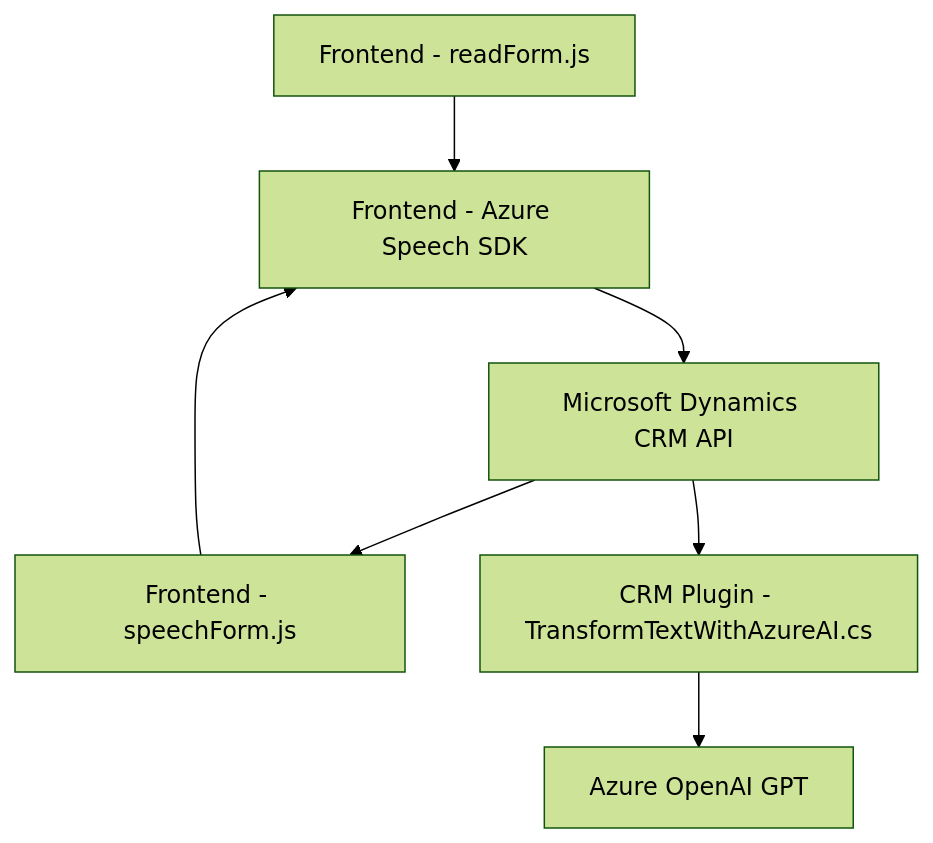
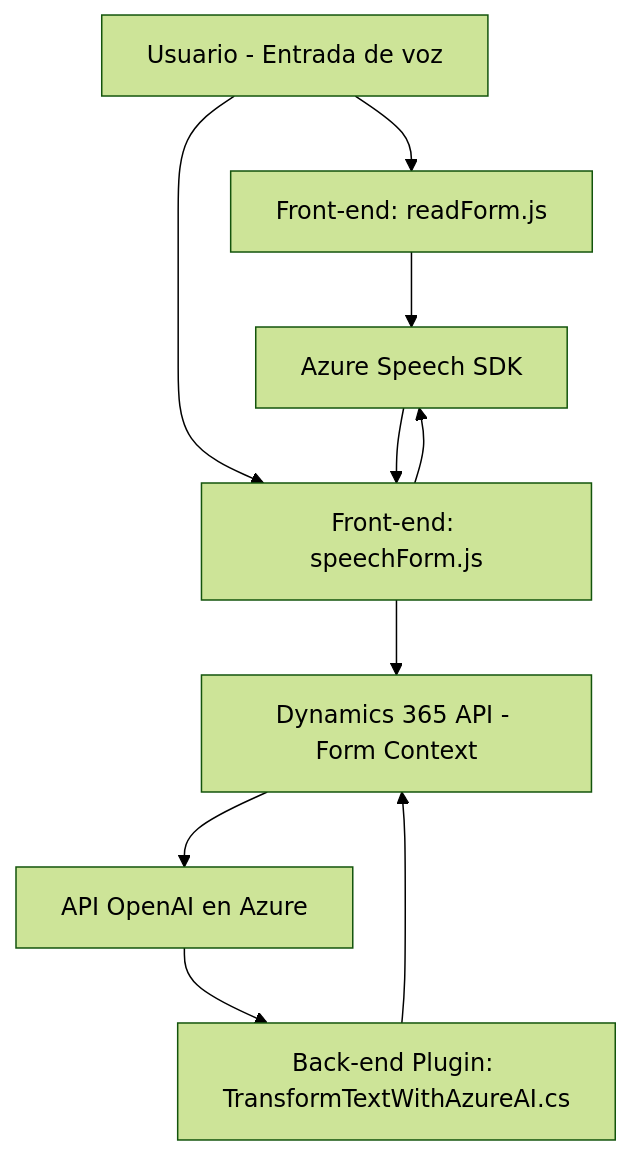
One commit to blopezdm/NETCORE_BILBAO2025 changed the diagram in README.md. Above: the diagram before and after it, drawn with Mermaid (forest theme). The commit also changed other lines of this file, not shown here.

````diff
--- a/README.md
+++ b/README.md
@@ -47,9 +44,20 @@
 ```mermaid
 graph TD
-    A["Frontend - readForm.js"] --> B["Frontend - Azure Speech SDK"]
-    B --> C["Microsoft Dynamics CRM API"]
-    C --> D["Frontend - speechForm.js"]
-    D --> B
-    C --> E["CRM Plugin - TransformTextWithAzureAI.cs"]
-    E --> F["Azure OpenAI GPT"]
+    A["Usuario - Entrada de voz"]
+    B["Front-end: readForm.js"]
+    C["Front-end: speechForm.js"]
+    D["Azure Speech SDK"]
+    E["Dynamics 365 API - Form Context"]
+    F["API OpenAI en Azure"]
+    G["Back-end Plugin: TransformTextWithAzureAI.cs"]
+
+    A --> B
+    A --> C
+    B --> D
+    C --> D
+    C --> E
+    D --> C
+    E --> F
+    F --> G
+    G --> E
 ```
````
